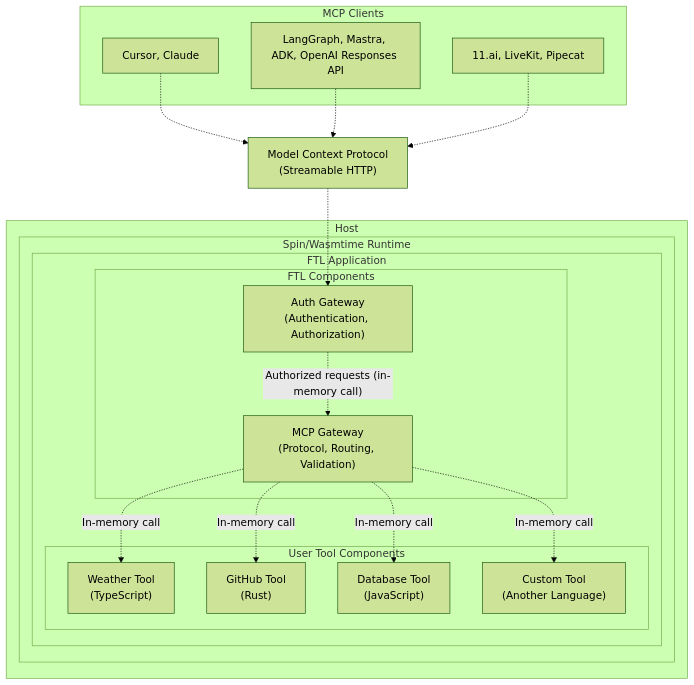
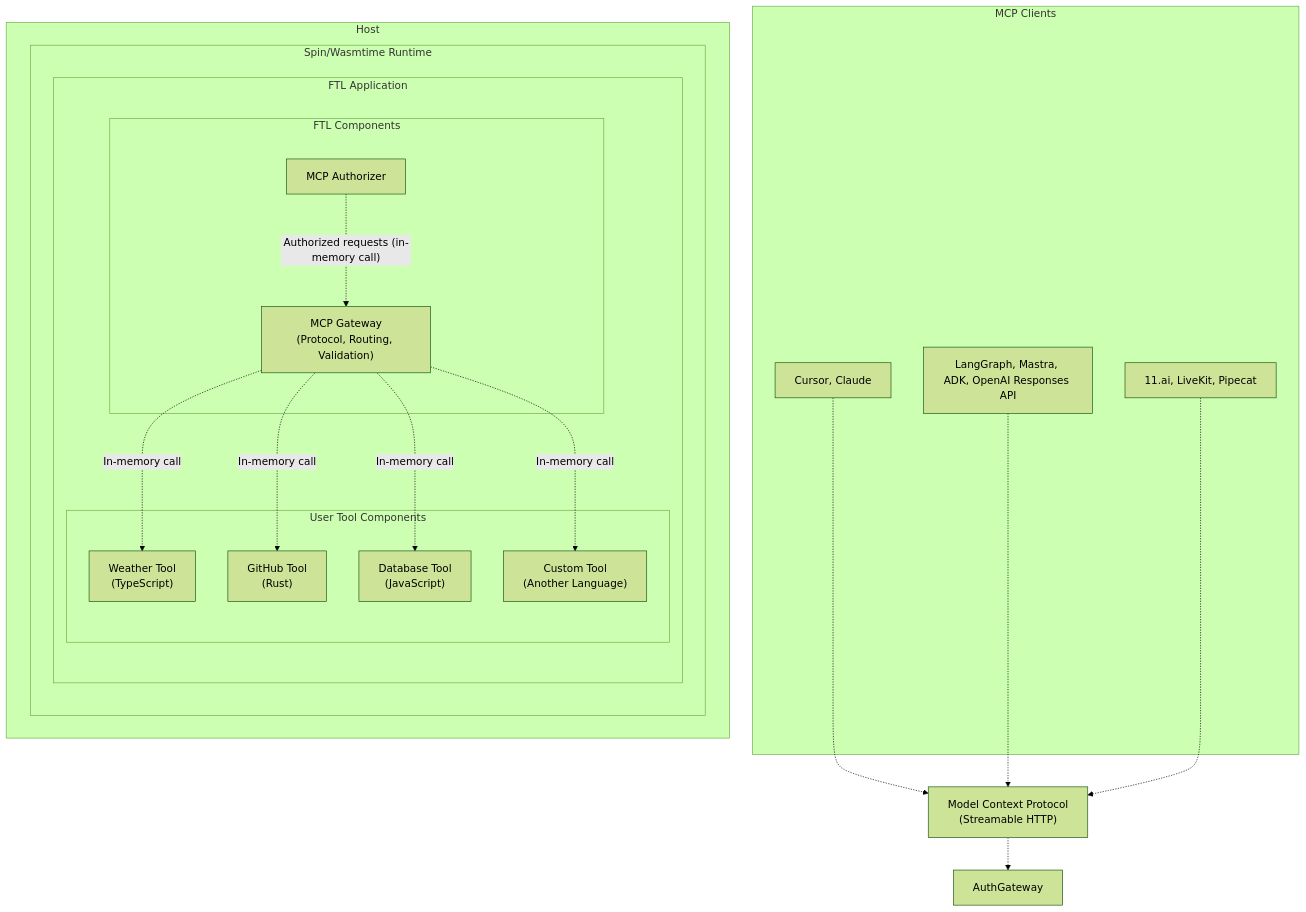
Before and after one commit to fastertools/ftl: the diagram in README.md, drawn with Mermaid (forest theme). The commit also changed other lines of this file and 2 other files, not shown here.

Commit message:
feat: Speedup installs in gha

````diff
--- a/README.md
+++ b/README.md
@@ -188,39 +190,39 @@
 ```mermaid
 graph TB
     subgraph "MCP Clients"
         Desktops["Cursor, Claude"]
         Agents["LangGraph, Mastra, ADK, OpenAI Responses API"]
         Realtime["11.ai, LiveKit, Pipecat"]
     end
     
     MCP["Model Context Protocol<br/>(Streamable HTTP)"]
     
 
       subgraph "Host"
           subgraph "Spin/Wasmtime Runtime"
               subgraph "FTL Application"
                   subgraph "FTL Components"
-                      AuthGateway["Auth Gateway<br/>(Authentication, Authorization)"]
+                      MCPAuth["MCP Authorizer"]
                       MCPGateway["MCP Gateway<br/>(Protocol, Routing, Validation)"]
                   end
                   
                   subgraph "User Tool Components"
                       Weather["Weather Tool<br/>(TypeScript)"]
                       GitHub["GitHub Tool<br/>(Rust)"]
                       Database["Database Tool<br/>(JavaScript)"]
                       Custom["Custom Tool<br/>(Another Language)"]
                   end
               end
           end
       end
     
     Desktops -.->| | MCP
     Agents -.->| | MCP
     Realtime -.->| | MCP
     MCP -.->| | AuthGateway
-    AuthGateway -.->|"Authorized requests (in-memory call)"| MCPGateway
+    MCPAuth -.->|"Authorized requests (in-memory call)"| MCPGateway
     MCPGateway -.->|"In-memory call"| Weather
     MCPGateway -.->|"In-memory call"| GitHub
     MCPGateway -.->|"In-memory call"| Database
     MCPGateway -.->|"In-memory call"| Custom
 ```
````
